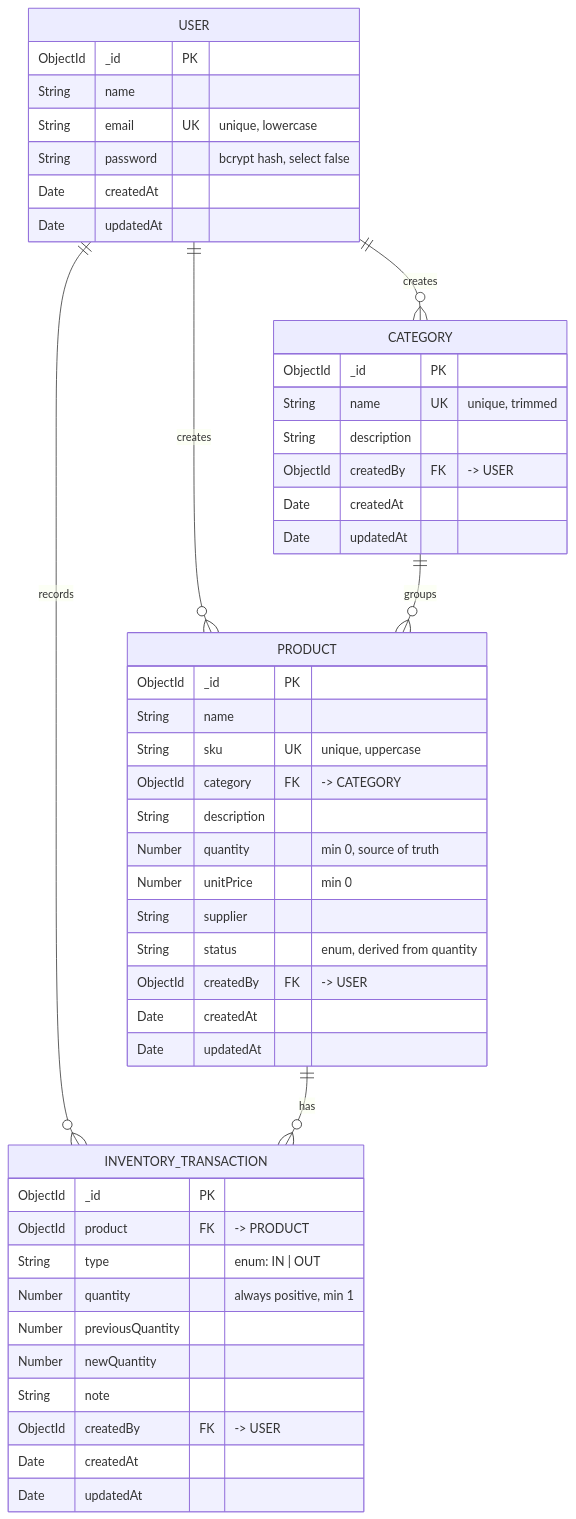
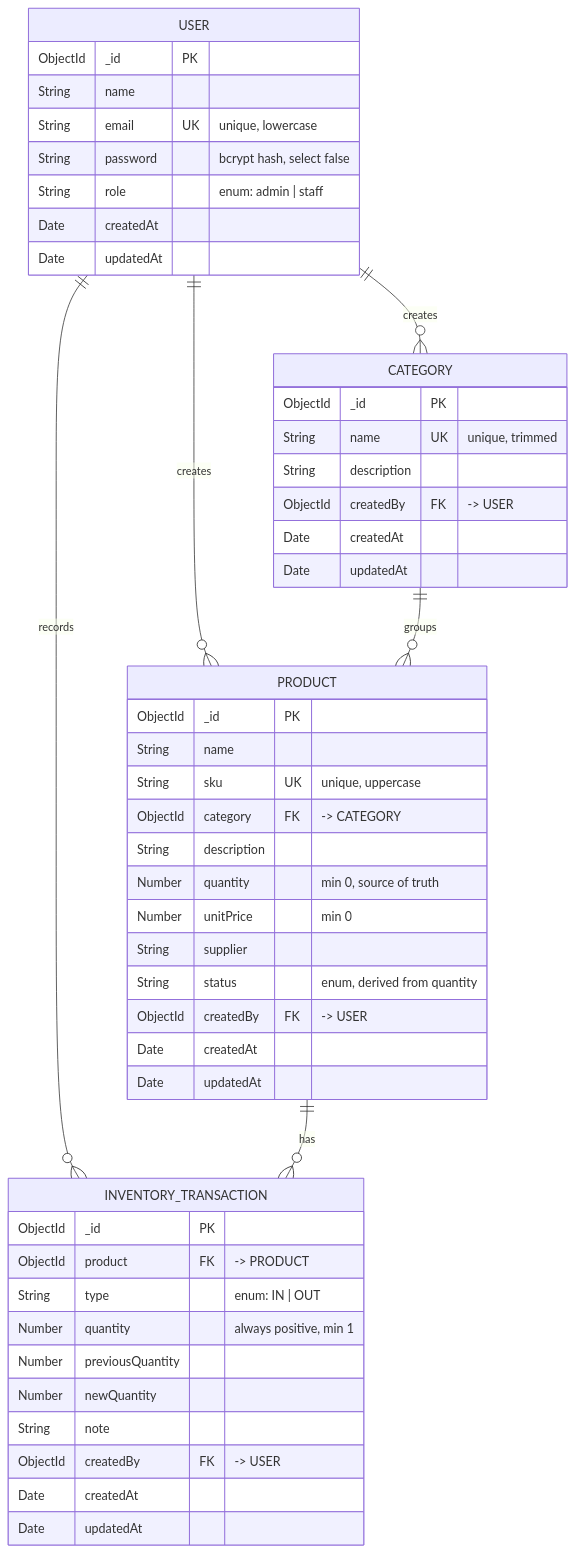
The diagram in README.md (Yugal-Patil-38/Inventory-Management), drawn with Mermaid before and after one commit. The commit also changed other lines of this file and 2 other files, not shown here.

````diff
--- a/README.md
+++ b/README.md
@@ -172,54 +174,55 @@
 ```mermaid
 erDiagram
     USER ||--o{ CATEGORY : "creates"
     USER ||--o{ PRODUCT : "creates"
     USER ||--o{ INVENTORY_TRANSACTION : "records"
     CATEGORY ||--o{ PRODUCT : "groups"
     PRODUCT ||--o{ INVENTORY_TRANSACTION : "has"
 
     USER {
         ObjectId _id PK
         String   name
         String   email UK "unique, lowercase"
         String   password "bcrypt hash, select false"
+        String   role "enum: admin | staff"
         Date     createdAt
         Date     updatedAt
     }
 
     CATEGORY {
         ObjectId _id PK
         String   name UK "unique, trimmed"
         String   description
         ObjectId createdBy FK "-> USER"
         Date     createdAt
         Date     updatedAt
     }
 
     PRODUCT {
         ObjectId _id PK
         String   name
         String   sku UK "unique, uppercase"
         ObjectId category FK "-> CATEGORY"
         String   description
         Number   quantity "min 0, source of truth"
         Number   unitPrice "min 0"
         String   supplier
         String   status "enum, derived from quantity"
         ObjectId createdBy FK "-> USER"
         Date     createdAt
         Date     updatedAt
     }
 
     INVENTORY_TRANSACTION {
         ObjectId _id PK
         ObjectId product FK "-> PRODUCT"
         String   type "enum: IN | OUT"
         Number   quantity "always positive, min 1"
         Number   previousQuantity
         Number   newQuantity
         String   note
         ObjectId createdBy FK "-> USER"
         Date     createdAt
         Date     updatedAt
     }
 ```
````
